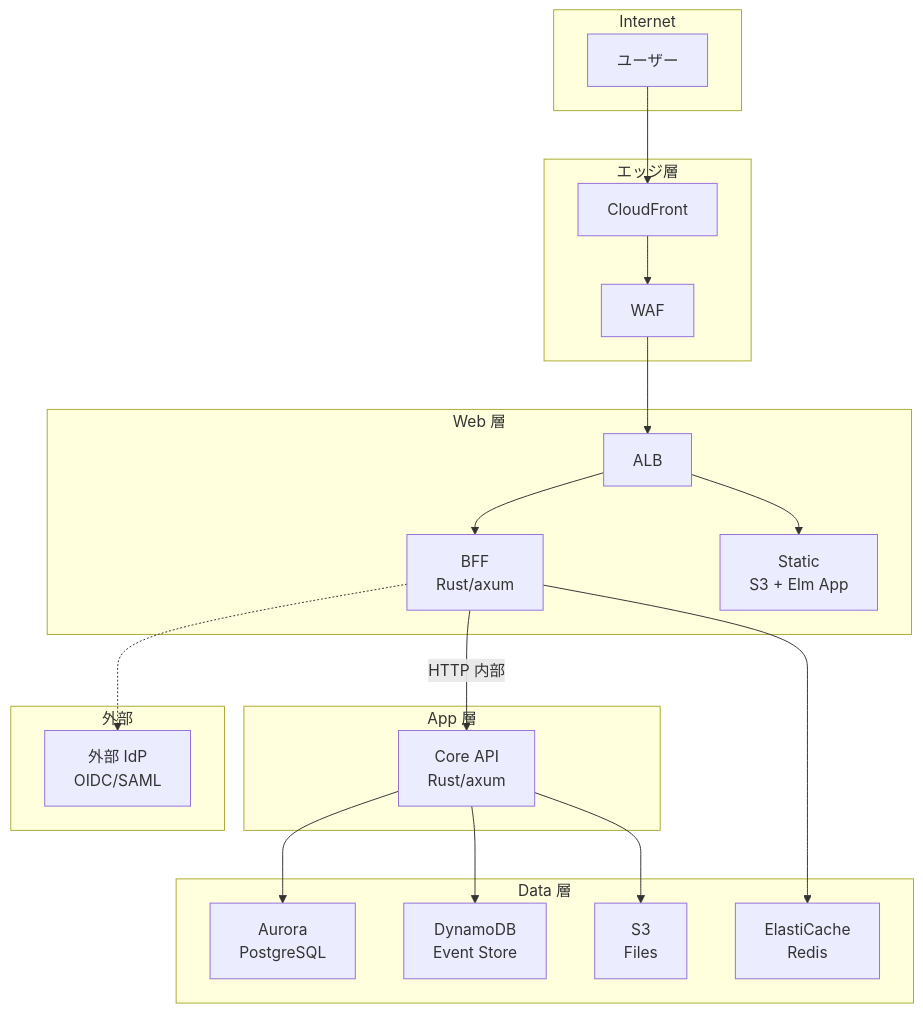
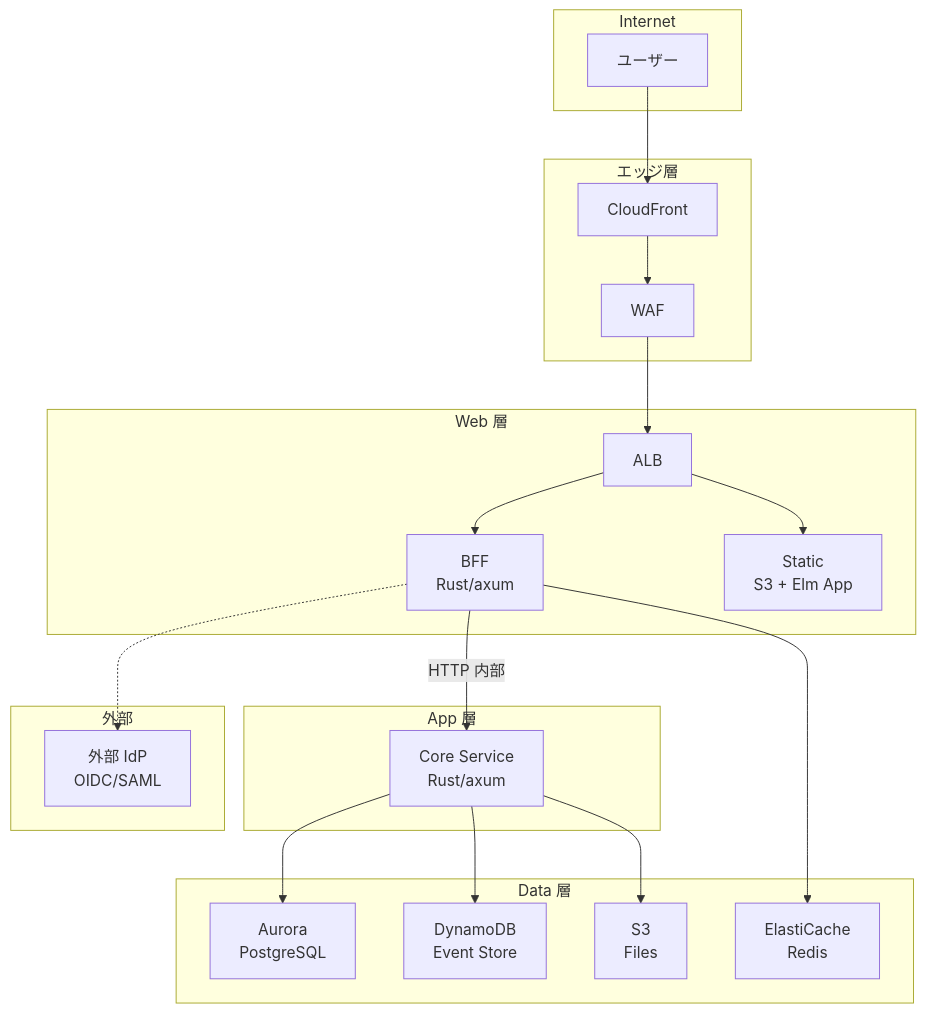
The first of 5 diagrams in docs/02_基本設計書/00_アーキテクチャ概要.md (ka2kama/ringiflow), drawn with Mermaid before and after one commit. The commit also changed other lines of this file and 55 other files, not shown here.

````diff
--- a/docs/02_基本設計書/00_アーキテクチャ概要.md
+++ b/docs/02_基本設計書/00_アーキテクチャ概要.md
@@ -9,44 +9,44 @@
 ```mermaid
 flowchart TB
     subgraph Internet
         User["ユーザー"]
     end
 
     subgraph Edge["エッジ層"]
         CF["CloudFront"]
         WAF["WAF"]
     end
 
     subgraph Web["Web 層"]
         ALB["ALB"]
         BFF["BFF\nRust/axum"]
         Static["Static\nS3 + Elm App"]
     end
 
     subgraph App["App 層"]
-        Core["Core API\nRust/axum"]
+        Core["Core Service\nRust/axum"]
     end
 
     subgraph Data["Data 層"]
         Aurora["Aurora\nPostgreSQL"]
         DynamoDB["DynamoDB\nEvent Store"]
         S3["S3\nFiles"]
         Redis["ElastiCache\nRedis"]
     end
 
     subgraph External["外部"]
         IdP["外部 IdP\nOIDC/SAML"]
     end
 
     User --> CF
     CF --> WAF
     WAF --> ALB
     ALB --> BFF
     ALB --> Static
     BFF -->|HTTP 内部| Core
     BFF --> Redis
     Core --> Aurora
     Core --> DynamoDB
     Core --> S3
     BFF -.-> IdP
 ```
````
